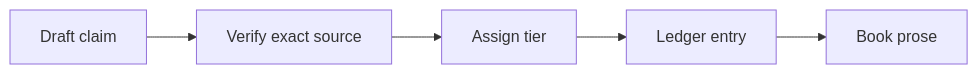
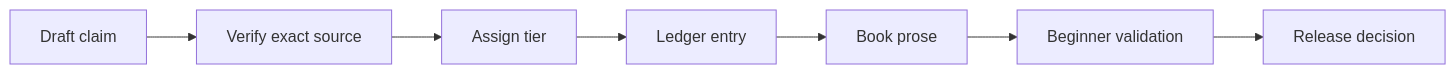
The first of 3 diagrams in book/references/AGENTS.md (streamentry/streamentry), drawn with Mermaid before and after one commit. The commit also changed other lines of this file and 35 other files, not shown here.

````diff
--- a/book/references/AGENTS.md
+++ b/book/references/AGENTS.md
@@ -19,4 +23,6 @@
 ```mermaid
 flowchart LR
   C["Draft claim"] --> V["Verify exact source"] --> T["Assign tier"] --> L["Ledger entry"] --> B["Book prose"]
+  B --> U["Beginner validation"]
+  U --> R["Release decision"]
 ```
````
